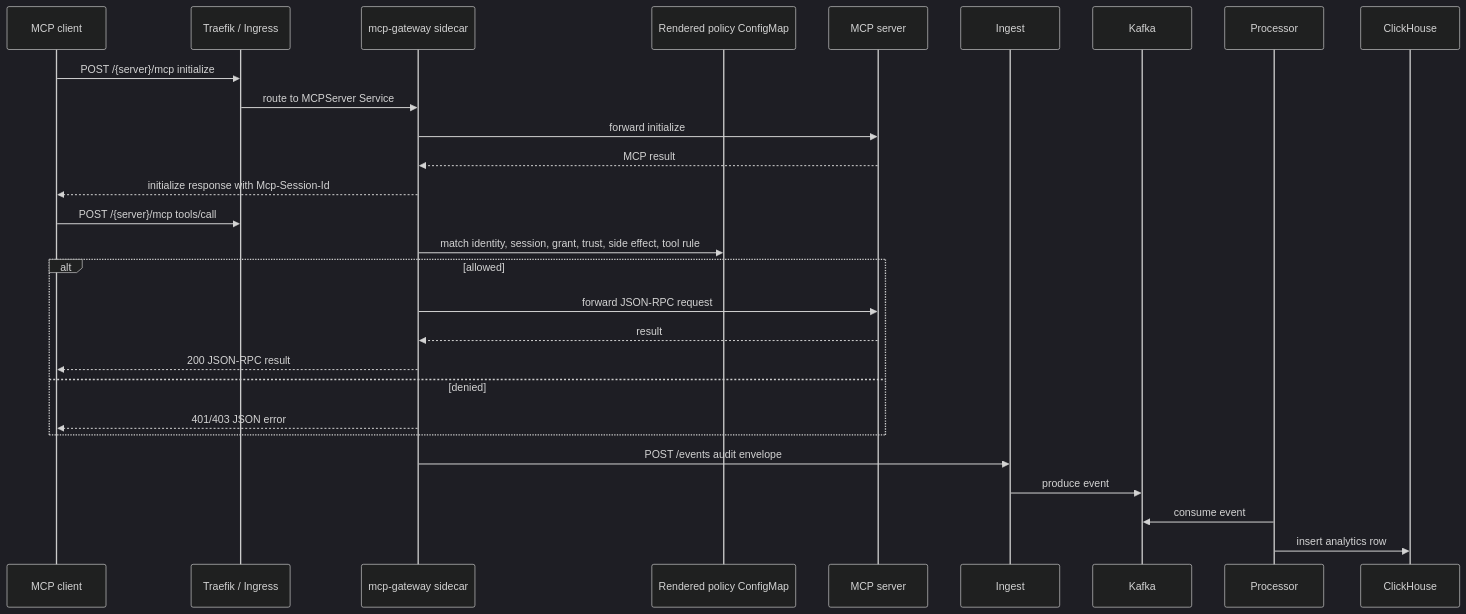
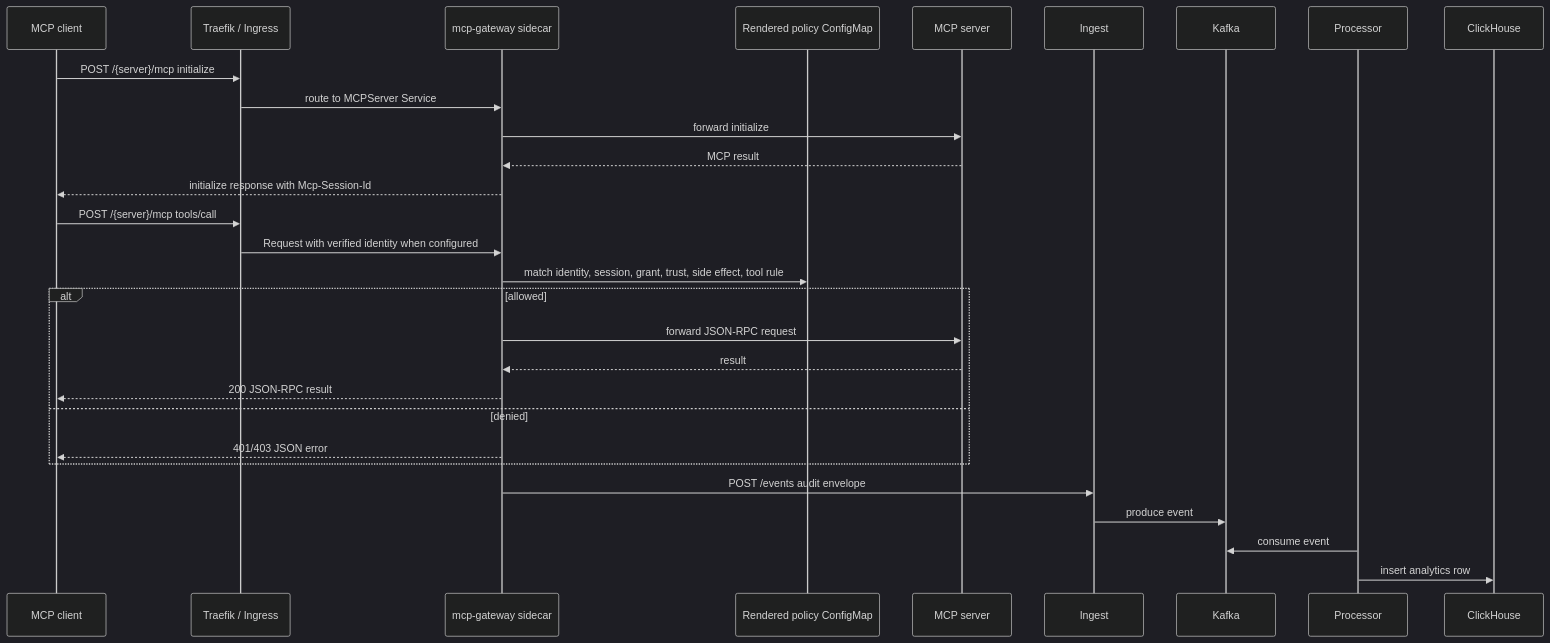
One commit to mcp-runtime/mcp-runtime changed the third of 9 diagrams in docs/internals/request-flows.md. Above: the diagram before and after it, drawn with Mermaid (dark theme). The commit also changed other lines of this file and 59 other files, not shown here.

````diff
--- a/docs/internals/request-flows.md
+++ b/docs/internals/request-flows.md
@@ -74,31 +74,32 @@
 ```mermaid
 sequenceDiagram
     participant Client as MCP client
     participant Ingress as Traefik / Ingress
     participant Gateway as mcp-gateway sidecar
     participant Policy as Rendered policy ConfigMap
     participant Server as MCP server
     participant Ingest
     participant Kafka
     participant Processor
     participant Store as ClickHouse
 
     Client->>Ingress: POST /{server}/mcp initialize
     Ingress->>Gateway: route to MCPServer Service
     Gateway->>Server: forward initialize
     Server-->>Gateway: MCP result
     Gateway-->>Client: initialize response with Mcp-Session-Id
     Client->>Ingress: POST /{server}/mcp tools/call
+    Ingress->>Gateway: Request with verified identity when configured
     Gateway->>Policy: match identity, session, grant, trust, side effect, tool rule
     alt allowed
         Gateway->>Server: forward JSON-RPC request
         Server-->>Gateway: result
         Gateway-->>Client: 200 JSON-RPC result
     else denied
         Gateway-->>Client: 401/403 JSON error
     end
     Gateway->>Ingest: POST /events audit envelope
     Ingest->>Kafka: produce event
     Processor->>Kafka: consume event
     Processor->>Store: insert analytics row
 ```
````
